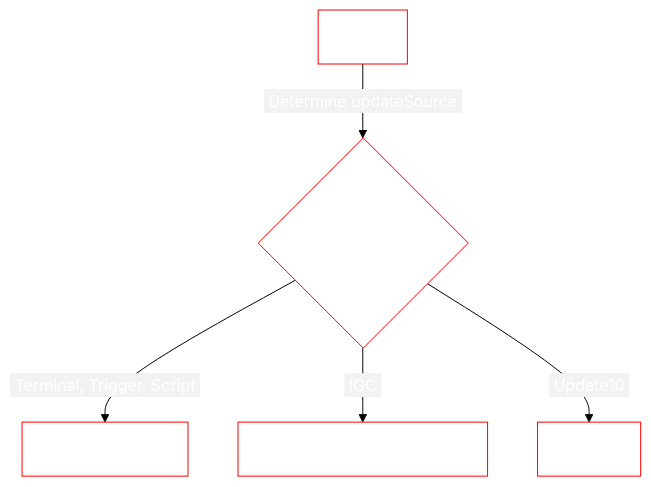
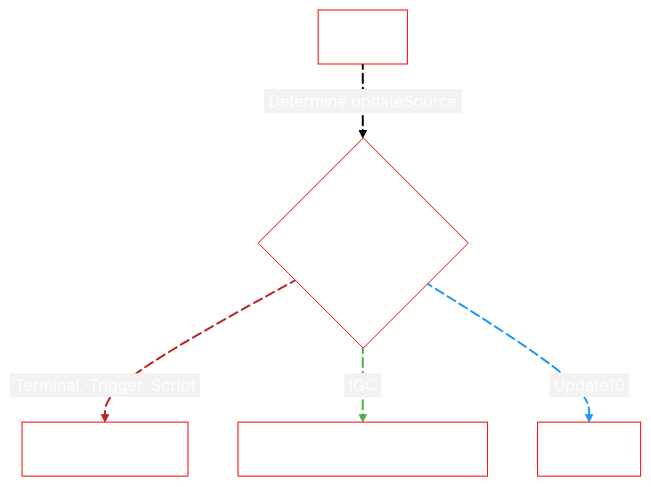
The second of 3 diagrams in docs/Framework/Developer/GettingStarted/ArchitectureOverview.md (lukejamesmorrison/mother-docs), drawn with Mermaid before and after one commit. The commit also changed other lines of this file and 6 other files, not shown here.

````diff
--- a/docs/Framework/Developer/GettingStarted/ArchitectureOverview.md
+++ b/docs/Framework/Developer/GettingStarted/ArchitectureOverview.md
@@ -116,25 +131,36 @@
 ```mermaid
 %%{
   init: {
     'theme': 'base',
     'themeVariables': {
         'primaryColor': '#BB2528',
         'primaryTextColor': '#fff',
         'primaryBorderColor': '#7C0000',
         'mainBkg': 'white',
         'nodeBorder': 'red',
         'lineColor': 'black',
         'secondaryColor': '#F2F2F2',
         'secondaryBorderColor': 'black',
         'tertiaryColor': '#F2F2F2',
         'tertiaryBorderColor': 'black'
     }
   }
 }%%
 
 graph TD
-    A[Run] -->|&nbsp;Determine updateSource&nbsp;| B{updateSource Type?}
-    B -->|&nbsp;Terminal, Trigger, Script&nbsp;| C[CommandBus]
-    B -->|&nbsp;IGC&nbsp;| D[IntergridMessageService]
-    B -->|&nbsp;Update10&nbsp;| E[Clock]
+    A[Run] e1@-->|&nbsp;Determine updateSource&nbsp;| B{updateSource Type?}
+    linkStyle 0 stroke-width:2px
+    e1@{animation: slow}
+
+    B e2@-->|&nbsp;Terminal, Trigger, Script&nbsp;| C[CommandBus]
+    linkStyle 1 stroke:#BB2528,stroke-width:2px
+    e2@{animation: slow}
+
+    B e3@-->|&nbsp;IGC&nbsp;| D[IntergridMessageService]
+    linkStyle 2 stroke:#4CAF50,stroke-width:2px
+    e3@{animation: slow}
+
+    B e4@-->|&nbsp;Update10&nbsp;| E[Clock]
+    linkStyle 3 stroke:#2196F3,stroke-width:2px
+    e4@{animation: slow}
 ```
````
